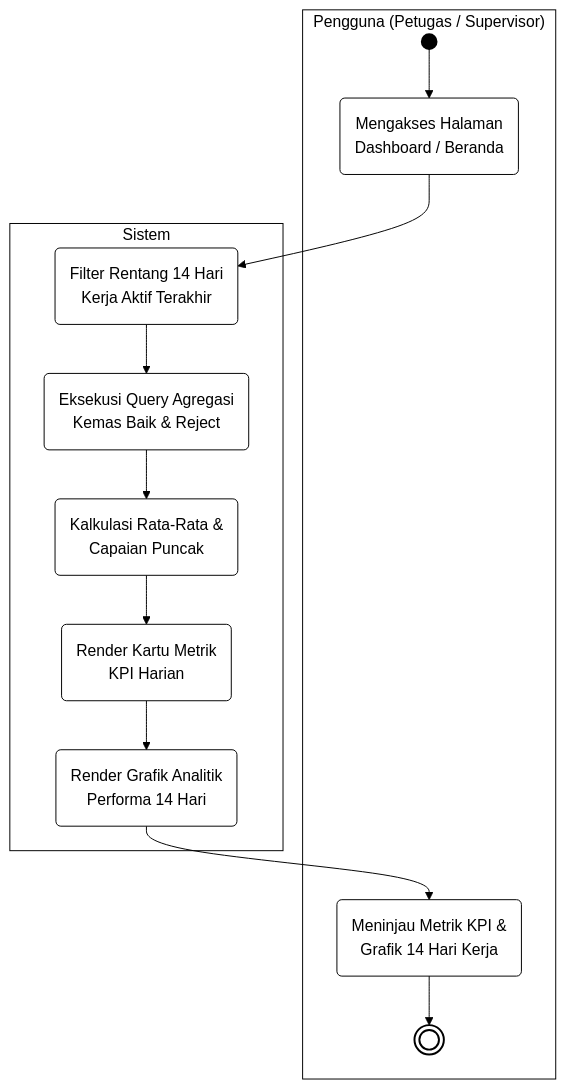
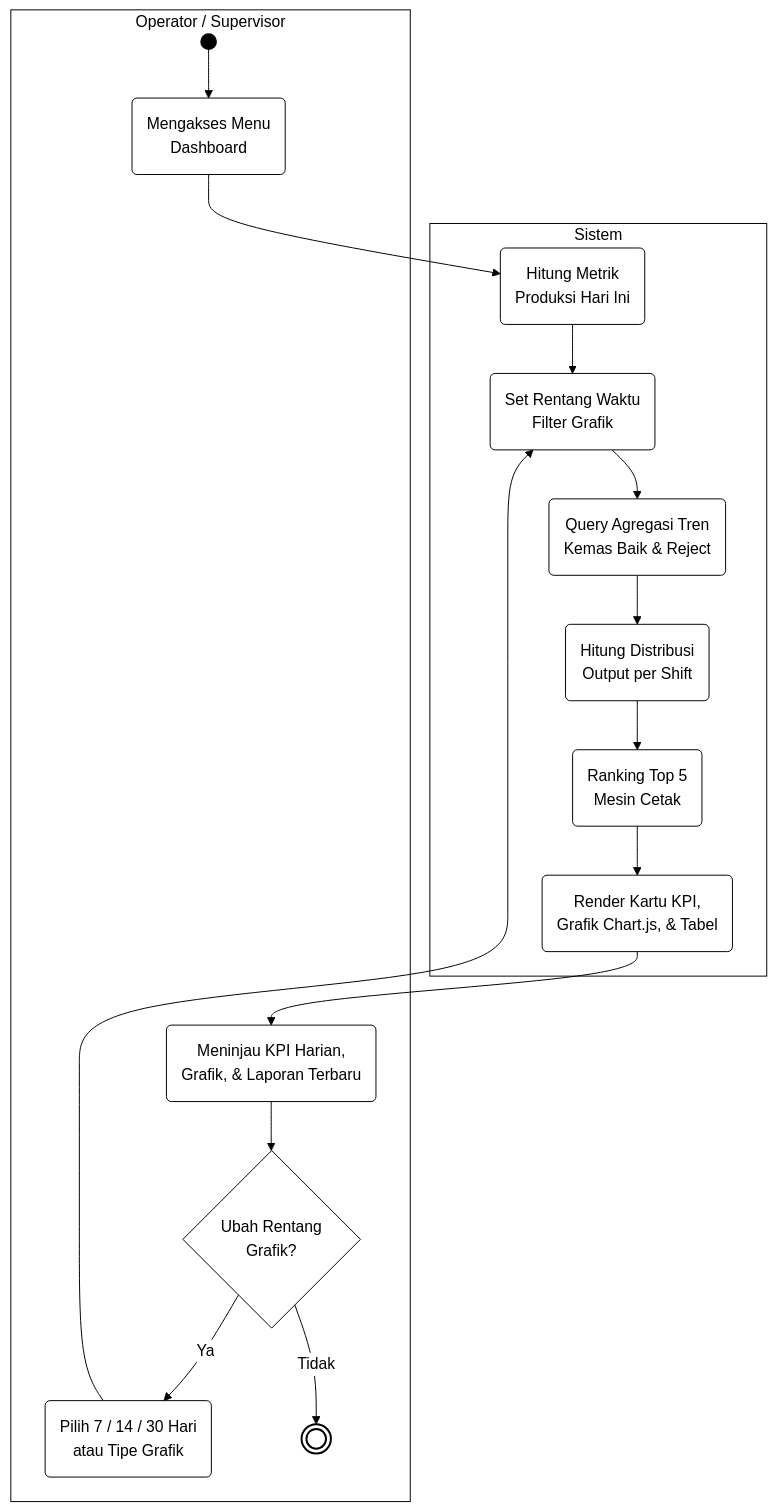
The ninth of 11 diagrams in docs/BAB_III_Draft.md (ZulfikarHD/scan-produksi), drawn with Mermaid before and after one commit. The commit also changed other lines of this file, not shown here.

First line of the commit message:
feat(docs): update functional requirements and use case diagrams for operators and supervisors

````diff
--- a/docs/BAB_III_Draft.md
+++ b/docs/BAB_III_Draft.md
@@ -629,30 +684,37 @@
 ```mermaid
 %%{init: {'theme': 'base', 'themeVariables': { 'primaryColor': '#ffffff', 'primaryBorderColor': '#000000', 'primaryTextColor': '#000000', 'lineColor': '#000000', 'textColor': '#000000', 'clusterBkg': '#ffffff', 'clusterBorder': '#000000', 'edgeLabelBackground':'#ffffff' }}}%%
 flowchart TD
-    subgraph Pengguna ["Pengguna (Petugas / Supervisor)"]
+    subgraph Pengguna ["Operator / Supervisor"]
         U_Start(( ))
-        U_Buka(Mengakses Halaman<br/>Dashboard / Beranda)
-        U_Lihat(Meninjau Metrik KPI &<br/>Grafik 14 Hari Kerja)
+        U_Buka(Mengakses Menu<br/>Dashboard)
+        U_Opsi{Ubah Rentang<br/>Grafik?}
+        U_Pilih(Pilih 7 / 14 / 30 Hari<br/>atau Tipe Grafik)
+        U_Lihat(Meninjau KPI Harian,<br/>Grafik, & Laporan Terbaru)
         U_End((( )))
     end
 
     subgraph Sistem ["Sistem"]
-        S_Filter(Filter Rentang 14 Hari<br/>Kerja Aktif Terakhir)
-        S_Query(Eksekusi Query Agregasi<br/>Kemas Baik & Reject)
-        S_Hitung(Kalkulasi Rata-Rata &<br/>Capaian Puncak)
-        S_KPI(Render Kartu Metrik<br/>KPI Harian)
-        S_Grafik(Render Grafik Analitik<br/>Performa 14 Hari)
+        S_Metrik(Hitung Metrik<br/>Produksi Hari Ini)
+        S_Rentang(Set Rentang Waktu<br/>Filter Grafik)
+        S_Query(Query Agregasi Tren<br/>Kemas Baik & Reject)
+        S_Shift(Hitung Distribusi<br/>Output per Shift)
+        S_Mesin(Ranking Top 5<br/>Mesin Cetak)
+        S_Render(Render Kartu KPI,<br/>Grafik Chart.js, & Tabel)
     end
 
     U_Start --> U_Buka
-    U_Buka --> S_Filter
-    S_Filter --> S_Query
-    S_Query --> S_Hitung
-    S_Hitung --> S_KPI
-    S_KPI --> S_Grafik
-    S_Grafik --> U_Lihat
-    U_Lihat --> U_End
+    U_Buka --> S_Metrik
+    S_Metrik --> S_Rentang
+    S_Rentang --> S_Query
+    S_Query --> S_Shift
+    S_Shift --> S_Mesin
+    S_Mesin --> S_Render
+    S_Render --> U_Lihat
+    U_Lihat --> U_Opsi
+    U_Opsi -- Ya --> U_Pilih
+    U_Pilih --> S_Rentang
+    U_Opsi -- Tidak --> U_End
 
     style U_Start fill:#000000,stroke:#000000,stroke-width:2px;
     style U_End fill:#ffffff,stroke:#000000,stroke-width:2px;
 ```
````
